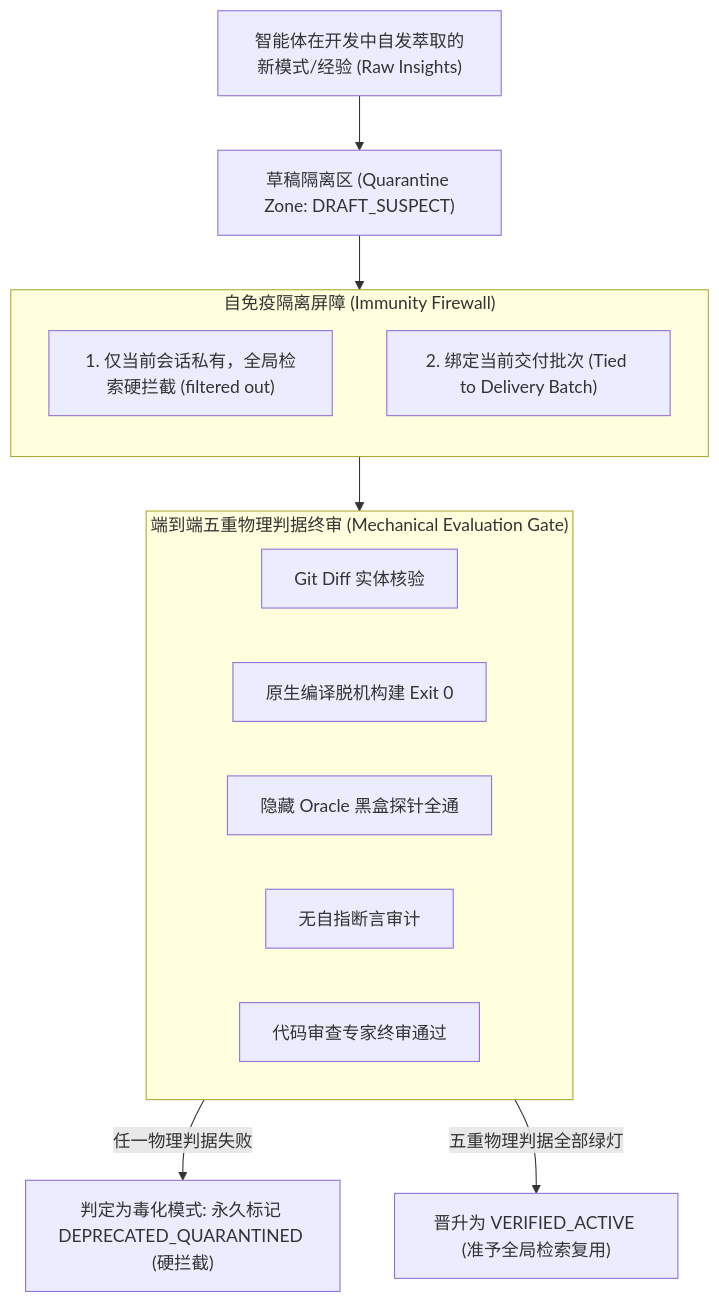
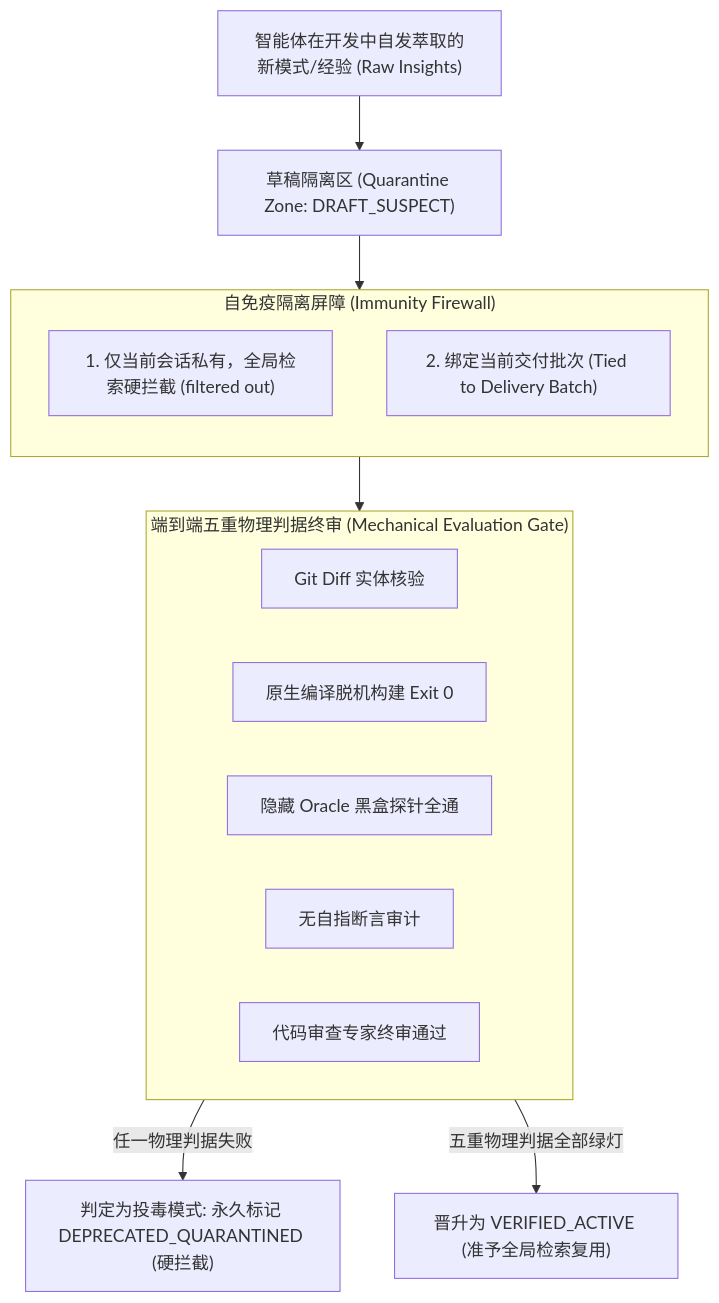
One commit to dpsnet/industrial-agentic-cybernetics changed the first of 2 diagrams in docs/part5-crystallization-immunity/pattern-14-quarantine-promotion-gate.md. Above: the diagram before and after it, drawn with Mermaid. The commit also changed other lines of this file and 10 other files, not shown here.

````diff
--- a/docs/part5-crystallization-immunity/pattern-14-quarantine-promotion-gate.md
+++ b/docs/part5-crystallization-immunity/pattern-14-quarantine-promotion-gate.md
@@ -17,25 +17,25 @@
 ```mermaid
 flowchart TD
     RawCrystallization["智能体在开发中自发萃取的新模式/经验 (Raw Insights)"] --> Quarantine["草稿隔离区 (Quarantine Zone: DRAFT_SUSPECT)"]
     
     subgraph QuarantineDefense["自免疫隔离屏障 (Immunity Firewall)"]
         direction TB
         Q1["1. 仅当前会话私有，全局检索硬拦截 (filtered out)"]
         Q2["2. 绑定当前交付批次 (Tied to Delivery Batch)"]
     end
     
     Quarantine --> QuarantineDefense
     
     subgraph FinalSubstrateGate["端到端五重物理判据终审 (Mechanical Evaluation Gate)"]
         G1["Git Diff 实体核验"]
         G2["原生编译脱机构建 Exit 0"]
         G3["隐藏 Oracle 黑盒探针全通"]
         G4["无自指断言审计"]
         G5["代码审查专家终审通过"]
     end
 
     QuarantineDefense --> FinalSubstrateGate
 
-    FinalSubstrateGate -- "任一物理判据失败" --> Discard["判定为毒化模式: 永久标记 DEPRECATED_QUARANTINED (硬拦截)"]
+    FinalSubstrateGate -- "任一物理判据失败" --> Discard["判定为投毒模式: 永久标记 DEPRECATED_QUARANTINED (硬拦截)"]
     FinalSubstrateGate -- "五重物理判据全部绿灯" --> Promote["晋升为 VERIFIED_ACTIVE (准予全局检索复用)"]
 ```
````
